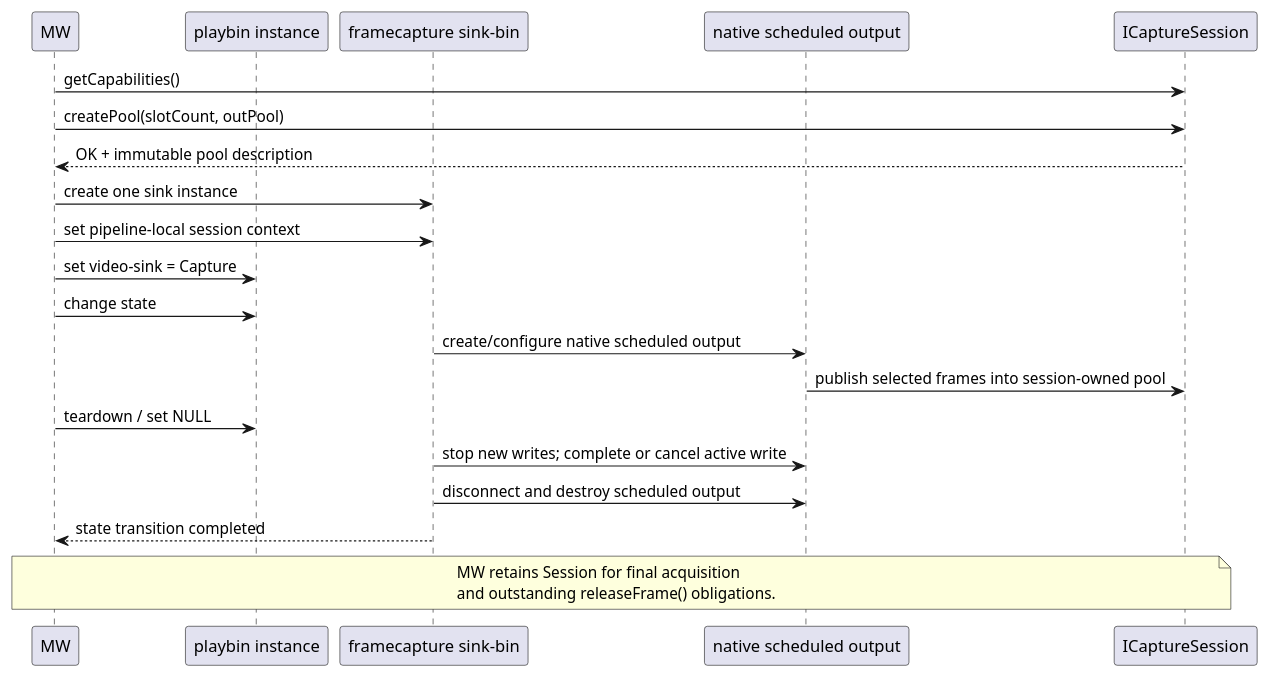
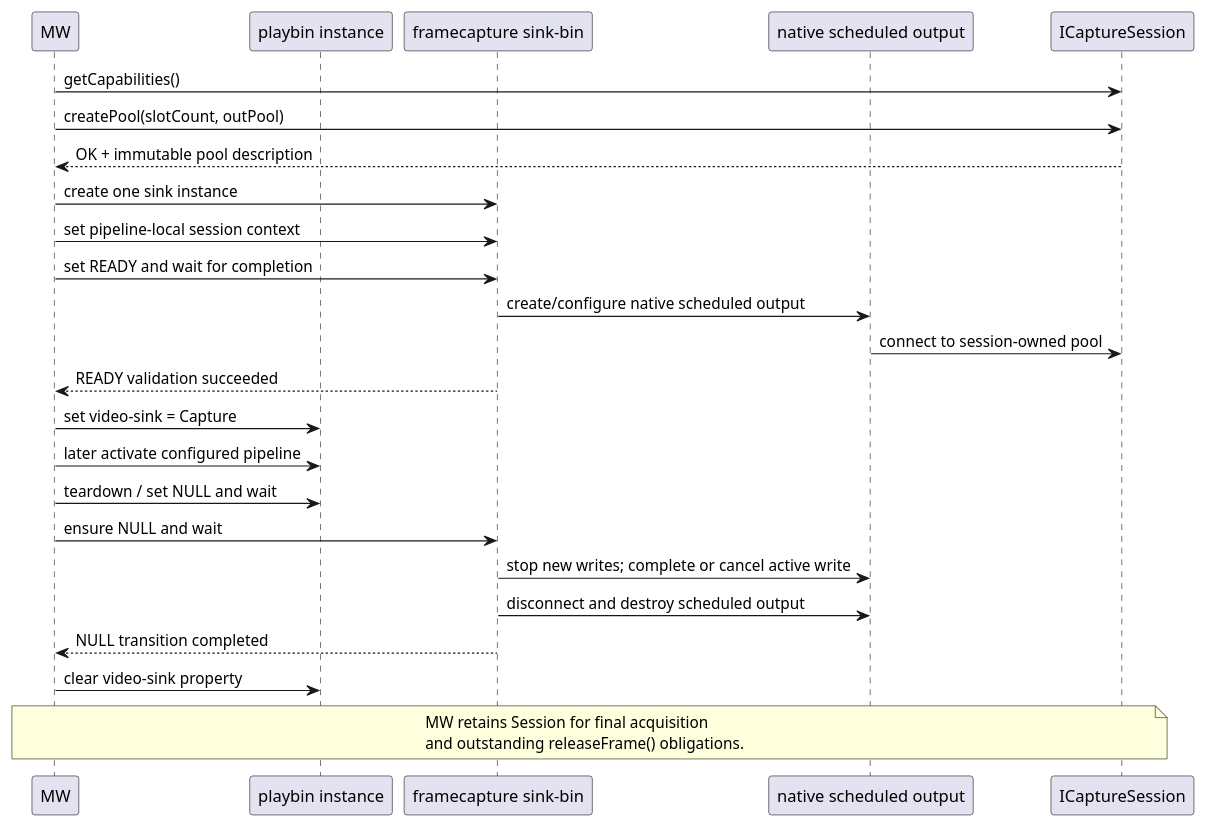
The diagram in doc/Media_Pipeline/SPECIFICATION-soc-video-frame-capture.md (rdkcentral/rdk-hpk-documentation), drawn with PlantUML before and after one commit. The commit also changed other lines of this file and 1 other file, not shown here.

First line of the commit message:
Require explicit READY validation of framecapture sink before playbin assignment and add teardown helper with NULL confirmation

````diff
--- a/doc/Media_Pipeline/SPECIFICATION-soc-video-frame-capture.md
+++ b/doc/Media_Pipeline/SPECIFICATION-soc-video-frame-capture.md
@@ -203,28 +203,32 @@
 ```plantuml
 @startuml
 participant MW
 participant "playbin instance" as Playbin
 participant "framecapture sink-bin" as Capture
 participant "native scheduled output" as Output
 participant ICaptureSession as Session
 
 MW -> Session: getCapabilities()
 MW -> Session: createPool(slotCount, outPool)
 Session --> MW: OK + immutable pool description
 MW -> Capture: create one sink instance
 MW -> Capture: set pipeline-local session context
+MW -> Capture: set READY and wait for completion
+Capture -> Output: create/configure native scheduled output
+Output -> Session: connect to session-owned pool
+Capture --> MW: READY validation succeeded
 MW -> Playbin: set video-sink = Capture
-MW -> Playbin: change state
-Capture -> Output: create/configure native scheduled output
-Output -> Session: publish selected frames into session-owned pool
+MW -> Playbin: later activate configured pipeline
 
-MW -> Playbin: teardown / set NULL
+MW -> Playbin: teardown / set NULL and wait
+MW -> Capture: ensure NULL and wait
 Capture -> Output: stop new writes; complete or cancel active write
 Capture -> Output: disconnect and destroy scheduled output
-Capture --> MW: state transition completed
+Capture --> MW: NULL transition completed
+MW -> Playbin: clear video-sink property
 note over MW,Session
 MW retains Session for final acquisition
 and outstanding releaseFrame() obligations.
 end note
 @enduml
 ```
````
